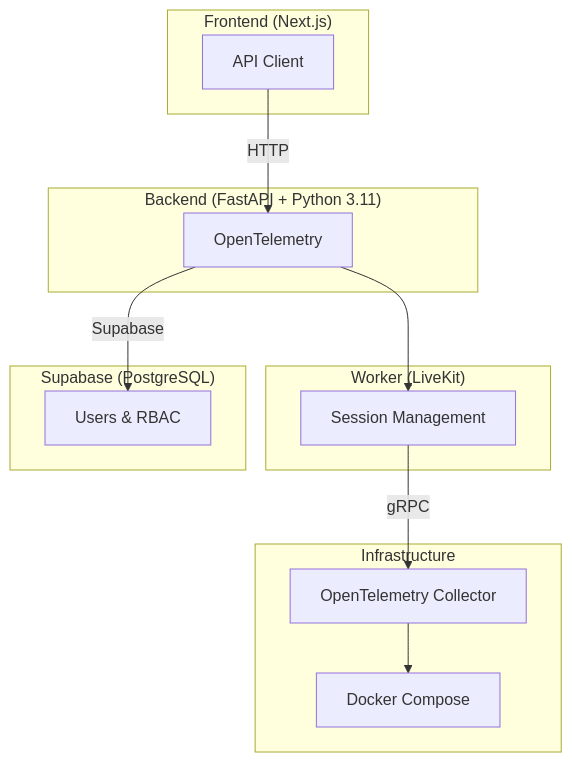
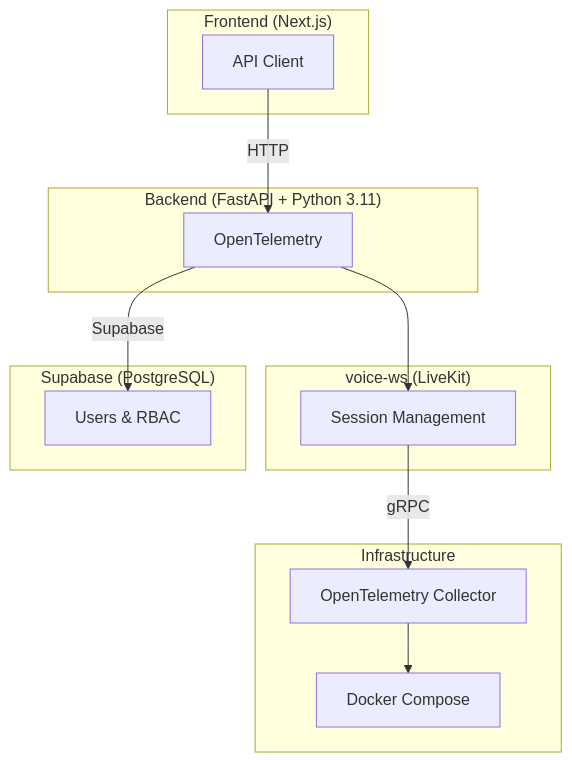
One commit to gauravdhiman/a1-voice-agent-platform changed the first of 9 diagrams in docs/01_architecture/system_architecture.md. Above: the diagram before and after it, drawn with Mermaid. The commit also changed other lines of this file and 163 other files, not shown here.

Commit message:
feat(voice): remove LiveKit worker; Pipecat voice-ws is the only voice runtime

````diff
--- a/docs/01_architecture/system_architecture.md
+++ b/docs/01_architecture/system_architecture.md
@@ -7,43 +7,43 @@
 ```mermaid
 graph TB
     subgraph Frontend["Frontend (Next.js)"]
         FE[UI Components]
         FE[React Services]
         FE[API Client]
     end
 
     subgraph Backend["Backend (FastAPI + Python 3.11)"]
         BE[API Routes]
         BE[Tool Service]
         BE[Agent Service]
         BE[Auth Middleware]
         BE[RBAC System]
         BE[OpenTelemetry]
     end
 
-    subgraph Worker["Worker (LiveKit)"]
+    subgraph Worker["voice-ws (LiveKit)"]
         WK[Agent Entry Point]
         WK[Tool Wrapping]
         WK[Function Execution]
         WK[Session Management]
     end
 
     subgraph Database["Supabase (PostgreSQL)"]
         DB[Platform Tools]
         DB[Agent Tools]
         DB[Organizations]
         DB[Voice Agents]
         DB[Users & RBAC]
     end
 
     subgraph Infra["Infrastructure"]
         OTEL[OpenTelemetry Collector]
         DOCKER[Docker Compose]
     end
 
     FE -->|HTTP|BE
     BE -->|Supabase|DB
     WK -->|gRPC|OTEL
     BE --> WK
     OTEL --> DOCKER
 ```
````
